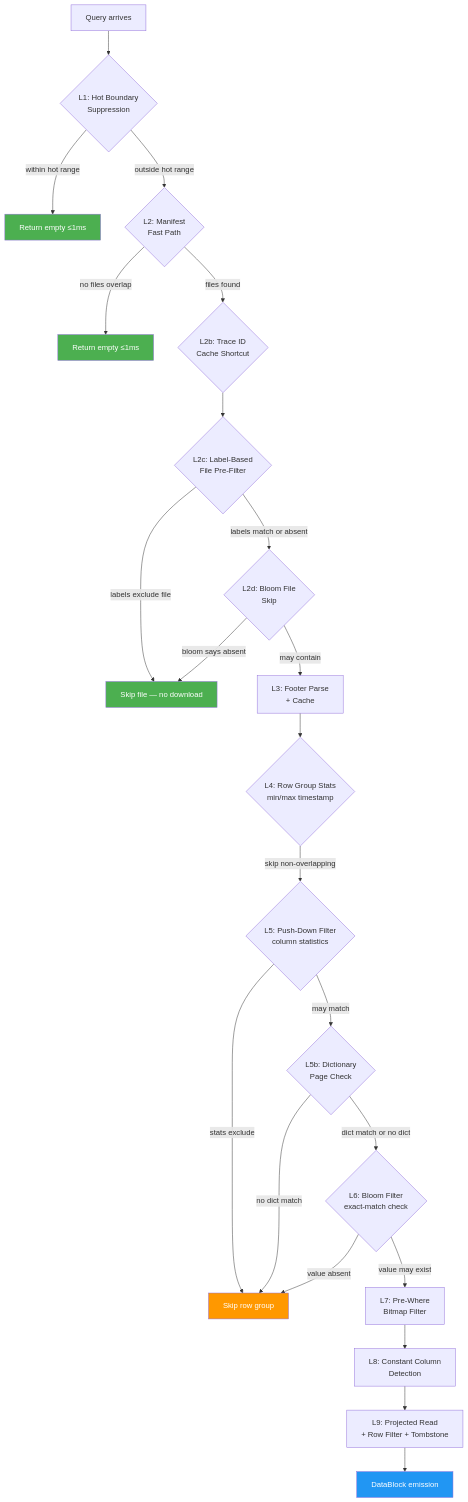
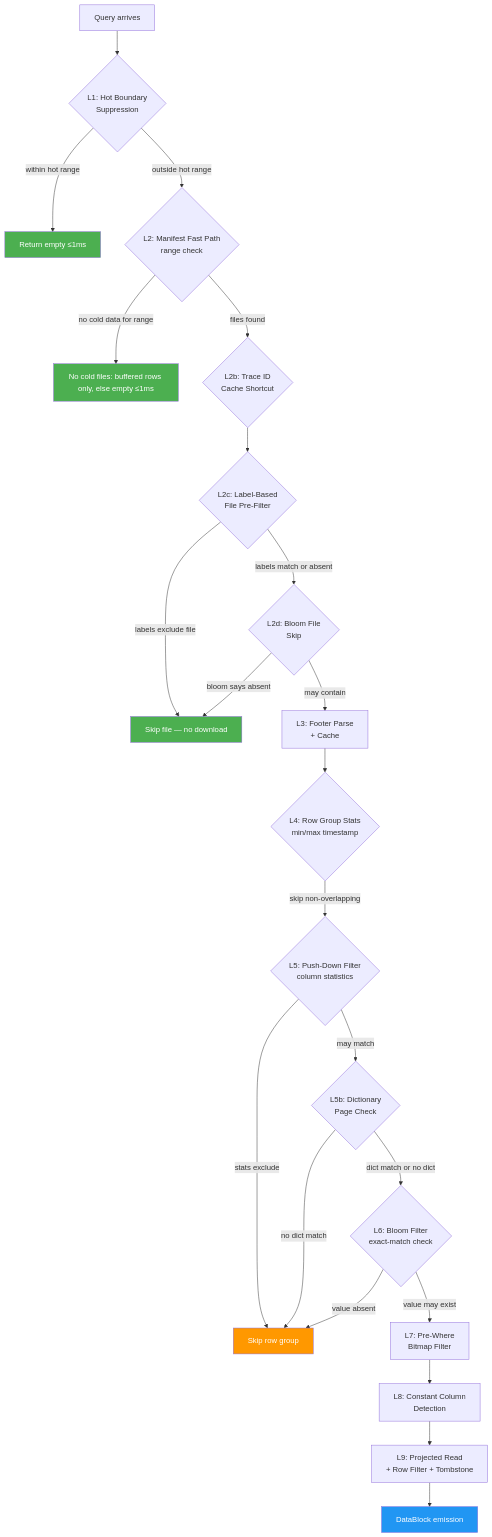
The first of 4 diagrams in docs/read-path.md (ReliablyObserve/victoria-lakehouse), drawn with Mermaid before and after one commit. The commit also changed other lines of this file and 7 other files, not shown here.

First line of the commit message:
docs: correct stream-predicate pruning and manifest fast path statements

````diff
--- a/docs/read-path.md
+++ b/docs/read-path.md
@@ -71,30 +71,30 @@
 ```mermaid
 flowchart TD
     Q[Query arrives] --> L1{L1: Hot Boundary<br/>Suppression}
     L1 -->|within hot range| EMPTY1[Return empty ≤1ms]
-    L1 -->|outside hot range| L2{L2: Manifest<br/>Fast Path}
-    L2 -->|no files overlap| EMPTY2[Return empty ≤1ms]
+    L1 -->|outside hot range| L2{L2: Manifest Fast Path<br/>range check}
+    L2 -->|no cold data for range| EMPTY2[No cold files: buffered rows only, else empty ≤1ms]
     L2 -->|files found| L2b{L2b: Trace ID<br/>Cache Shortcut}
     L2b --> L2c{L2c: Label-Based<br/>File Pre-Filter}
     L2c -->|labels exclude file| FSKIP[Skip file — no download]
     L2c -->|labels match or absent| L2d{L2d: Bloom File<br/>Skip}
     L2d -->|bloom says absent| FSKIP
     L2d -->|may contain| L3[L3: Footer Parse<br/>+ Cache]
     L3 --> L4{L4: Row Group Stats<br/>min/max timestamp}
     L4 -->|skip non-overlapping| L5{L5: Push-Down Filter<br/>column statistics}
     L5 -->|stats exclude| RGSKIP[Skip row group]
     L5 -->|may match| L5b{L5b: Dictionary<br/>Page Check}
     L5b -->|no dict match| RGSKIP
     L5b -->|dict match or no dict| L6{L6: Bloom Filter<br/>exact-match check}
     L6 -->|value absent| RGSKIP
     L6 -->|value may exist| L7[L7: Pre-Where<br/>Bitmap Filter]
     L7 --> L8[L8: Constant Column<br/>Detection]
     L8 --> L9[L9: Projected Read<br/>+ Row Filter + Tombstone]
     L9 --> DB[DataBlock emission]
 
     style EMPTY1 fill:#4CAF50,color:#fff
     style EMPTY2 fill:#4CAF50,color:#fff
     style FSKIP fill:#4CAF50,color:#fff
     style RGSKIP fill:#FF9800,color:#fff
     style DB fill:#2196F3,color:#fff
 ```
````
